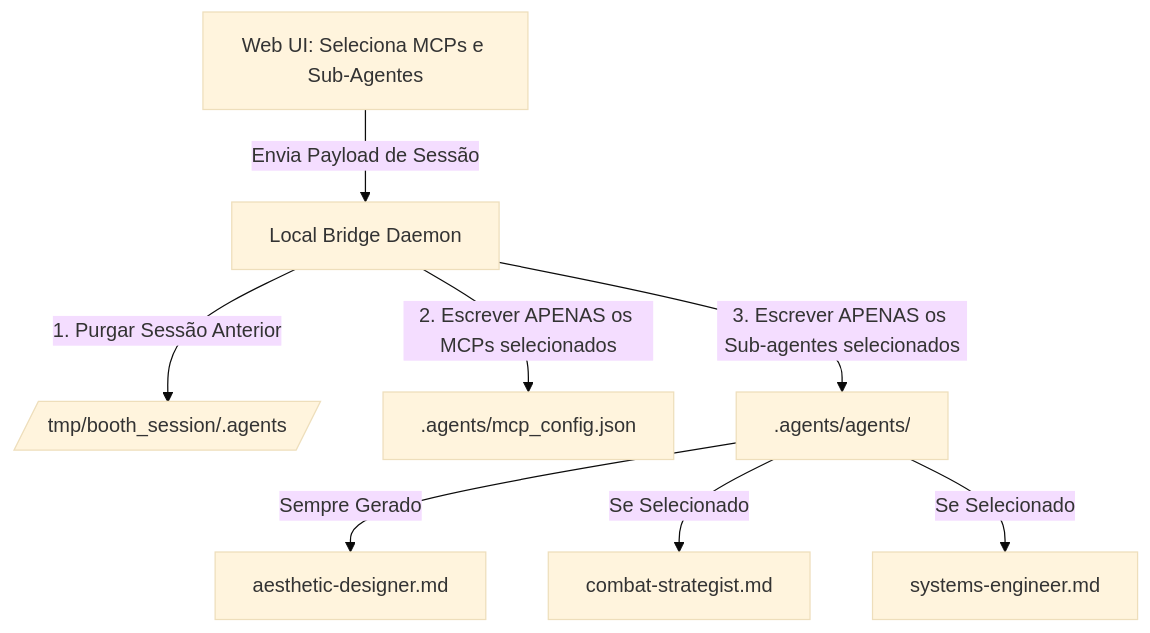
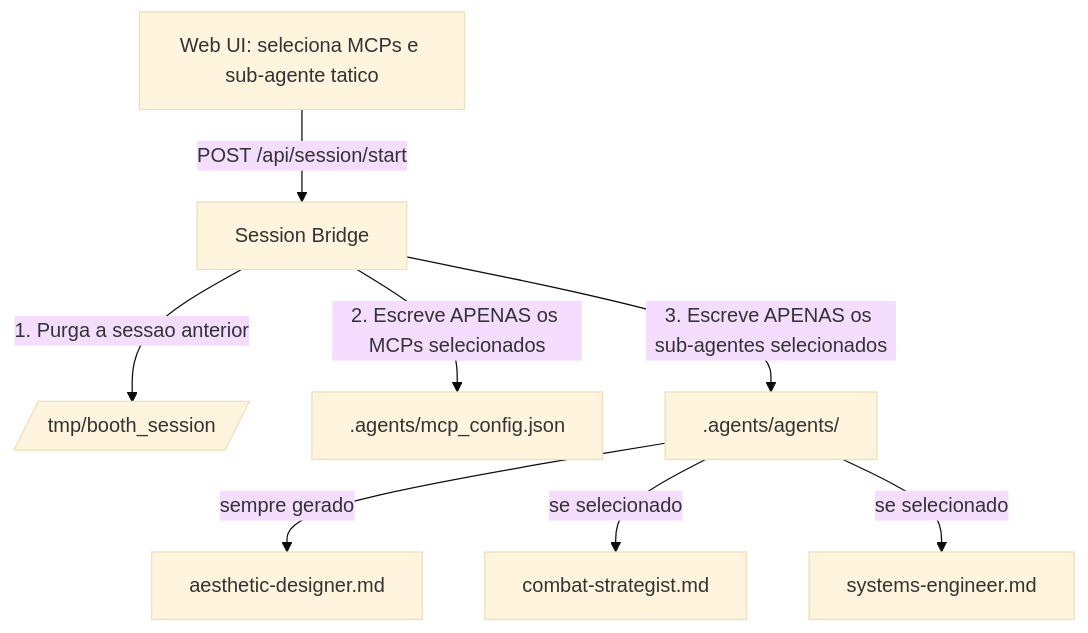
One commit to carlosmscabral/jogo-de-navinha-agy-summit-26 changed the first of 2 diagrams in specs/02_BUILDER_AND_BUDGET_MECHANICS_SPEC.md. Above: the diagram before and after it, drawn with Mermaid (base theme). The commit also changed other lines of this file and 10 other files, not shown here.

````diff
--- a/specs/02_BUILDER_AND_BUDGET_MECHANICS_SPEC.md
+++ b/specs/02_BUILDER_AND_BUDGET_MECHANICS_SPEC.md
@@ -25,10 +69,10 @@
 ```mermaid
 graph TD
-    UI[Web UI: Seleciona MCPs e Sub-Agentes] -->|Envia Payload de Sessão| DAEMON[Local Bridge Daemon]
-    DAEMON -->|1. Purgar Sessão Anterior| WS[/tmp/booth_session/.agents/]
-    DAEMON -->|2. Escrever APENAS os MCPs selecionados| MCP_FILE[.agents/mcp_config.json]
-    DAEMON -->|3. Escrever APENAS os Sub-agentes selecionados| AGENTS_DIR[.agents/agents/]
-    AGENTS_DIR -->|Sempre Gerado| A1[aesthetic-designer.md]
-    AGENTS_DIR -->|Se Selecionado| A2[combat-strategist.md]
-    AGENTS_DIR -->|Se Selecionado| A3[systems-engineer.md]
+    UI[Web UI: seleciona MCPs e sub-agente tatico] -->|POST /api/session/start| DAEMON[Session Bridge]
+    DAEMON -->|1. Purga a sessao anterior| WS[/tmp/booth_session/]
+    DAEMON -->|2. Escreve APENAS os MCPs selecionados| MCP_FILE[.agents/mcp_config.json]
+    DAEMON -->|3. Escreve APENAS os sub-agentes selecionados| AGENTS_DIR[.agents/agents/]
+    AGENTS_DIR -->|sempre gerado| A1[aesthetic-designer.md]
+    AGENTS_DIR -->|se selecionado| A2[combat-strategist.md]
+    AGENTS_DIR -->|se selecionado| A3[systems-engineer.md]
 ```
````
